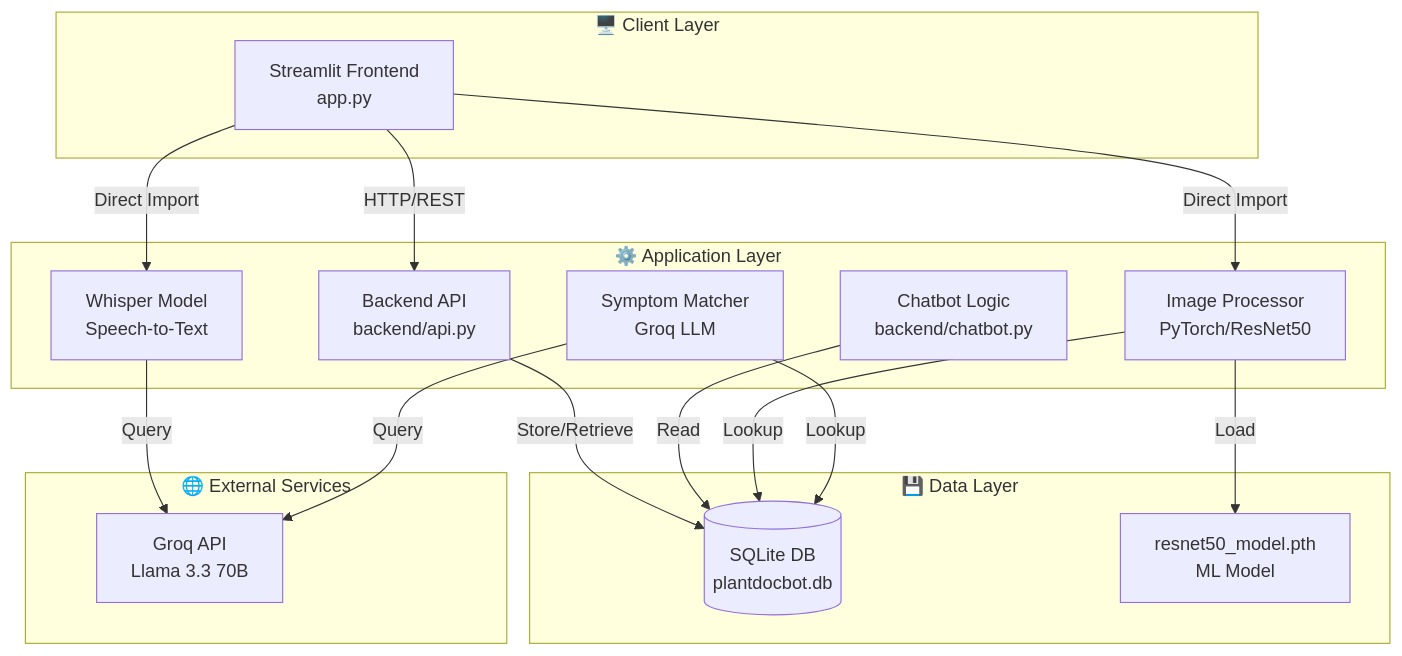
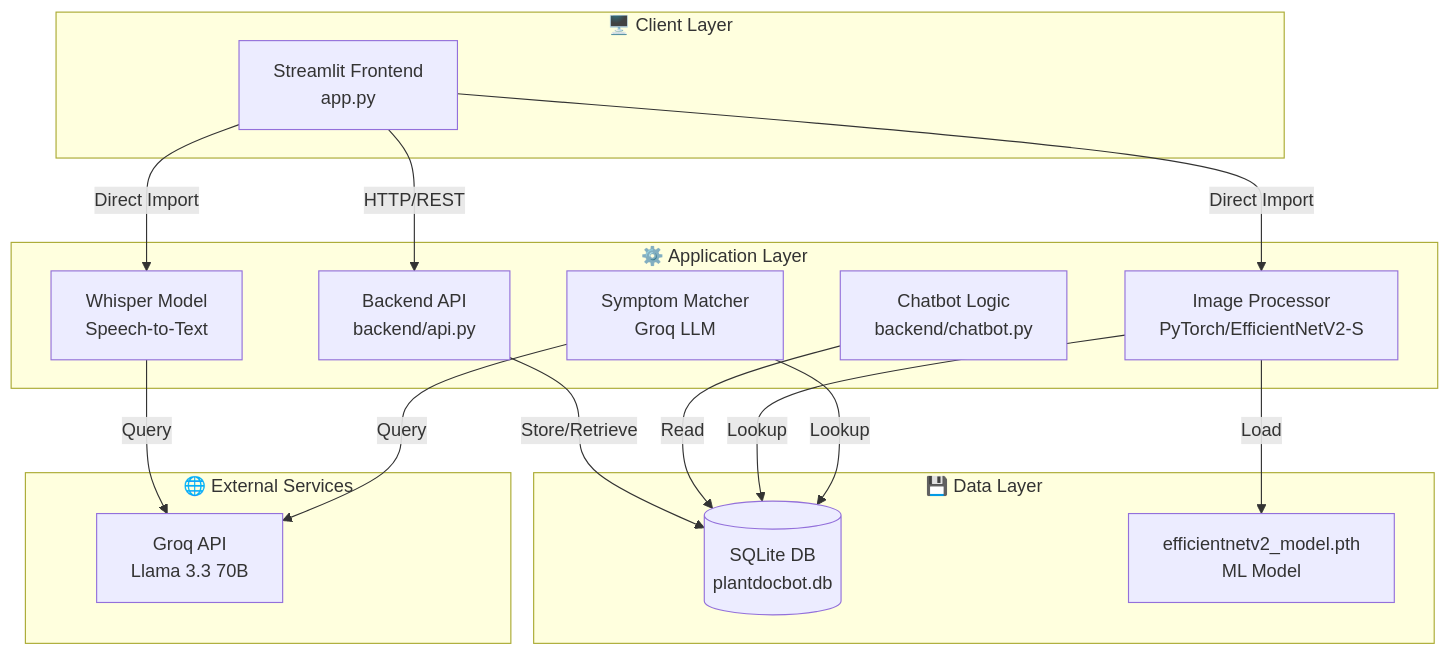
One commit to springboardmentor88888-mahaprasad/Intern-PlantChatBot-Project changed the first of 3 diagrams in README.md. Above: the diagram before and after it, drawn with Mermaid. The commit also changed other lines of this file and 8 other files, not shown here.

Commit message:
Migrate to EfficientNetV2-Small (16 classes) with timm, add Not_a_Plant guard, add Train3.ipynb

````diff
--- a/README.md
+++ b/README.md
@@ -34,36 +34,36 @@
 ```mermaid
 flowchart TB
     subgraph Client["🖥️ Client Layer"]
         UI[Streamlit Frontend<br/>app.py]
     end
 
     subgraph Application["⚙️ Application Layer"]
         API[Backend API<br/>backend/api.py]
-        IMG[Image Processor<br/>PyTorch/ResNet50]
+        IMG[Image Processor<br/>PyTorch/EfficientNetV2-S]
         WHISPER[Whisper Model<br/>Speech-to-Text]
         SYMPTOM[Symptom Matcher<br/>Groq LLM]
         CHATBOT[Chatbot Logic<br/>backend/chatbot.py]
     end
 
     subgraph Data["💾 Data Layer"]
         SQLITE[(SQLite DB<br/>plantdocbot.db)]
-        MODEL[resnet50_model.pth<br/>ML Model]
+        MODEL[efficientnetv2_model.pth<br/>ML Model]
     end
 
     subgraph External["🌐 External Services"]
         GROQ[Groq API<br/>Llama 3.3 70B]
     end
 
     UI -->|Direct Import| IMG
     UI -->|Direct Import| WHISPER
     UI -->|HTTP/REST| API
     
     API -->|Store/Retrieve| SQLITE
     IMG -->|Load| MODEL
     WHISPER -->|Query| GROQ
     SYMPTOM -->|Query| GROQ
     CHATBOT -->|Read| SQLITE
     
     IMG -->|Lookup| SQLITE
     SYMPTOM -->|Lookup| SQLITE
 ```
````
